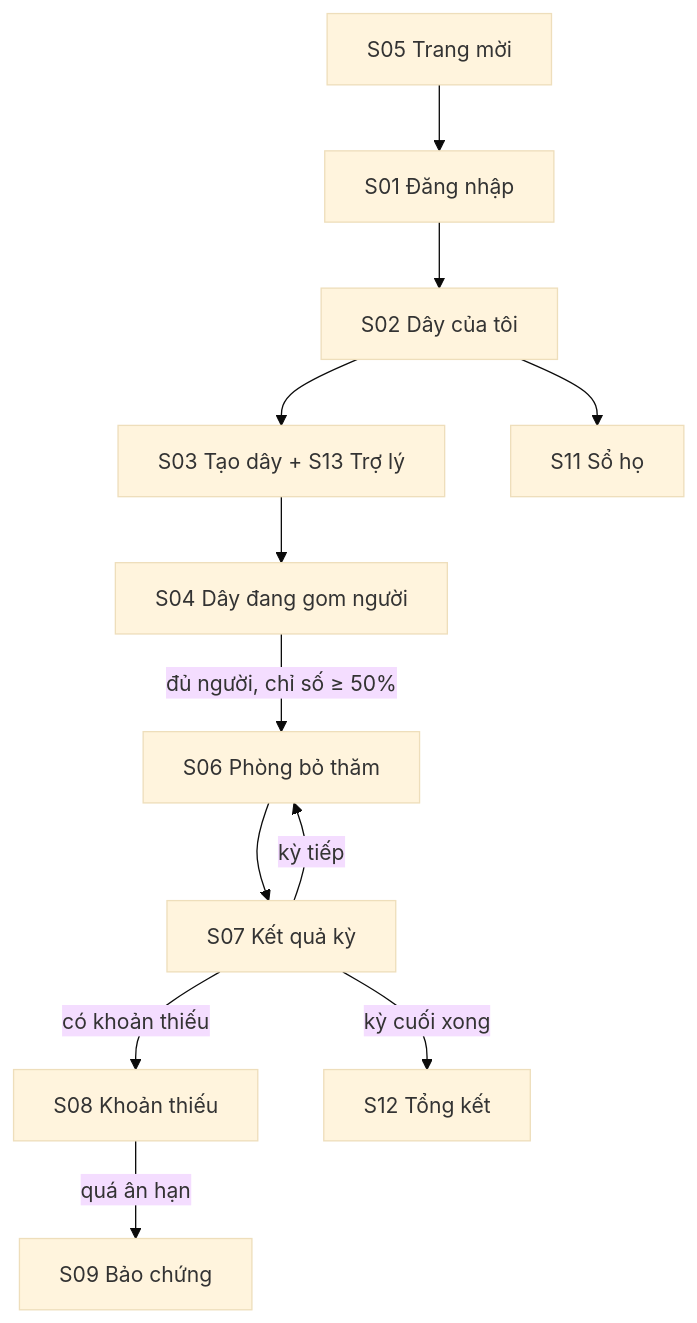
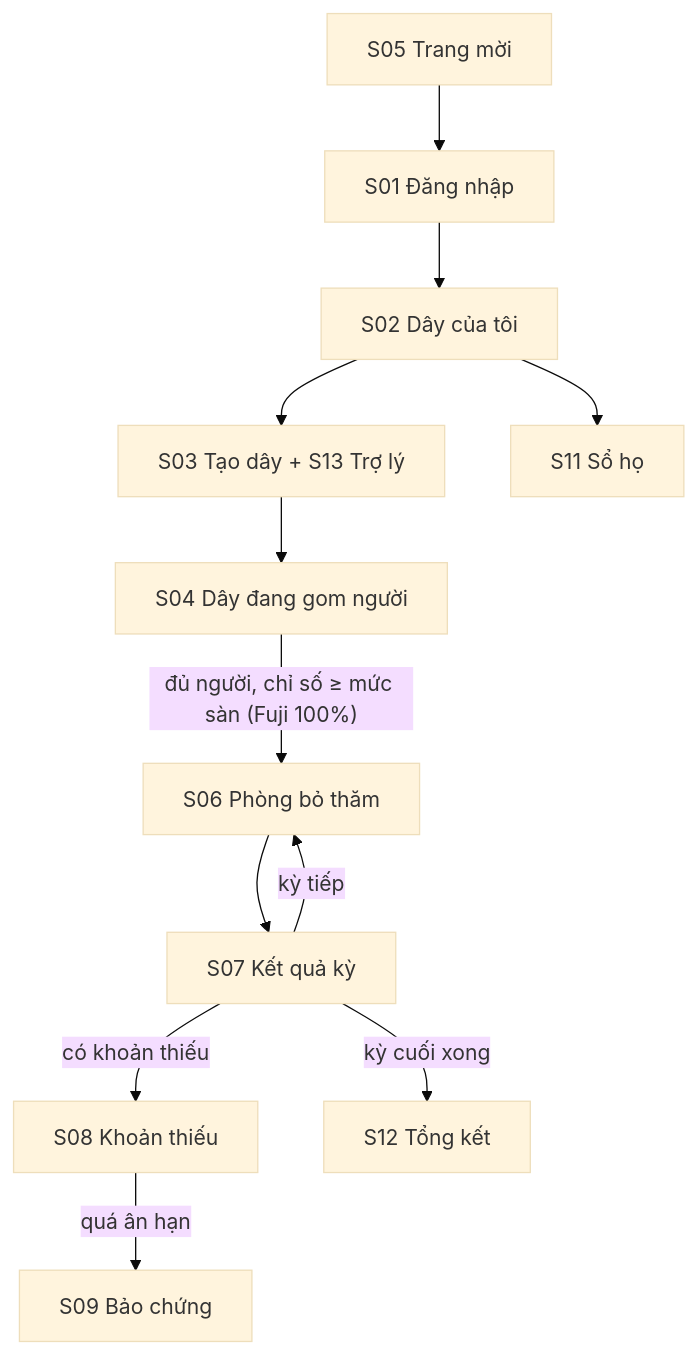
Before and after one commit to bminhnemhoi/T1VN_Unihack: the diagram in docs/02-dac-ta-san-pham.md, drawn with Mermaid (base theme). The commit also changed other lines of this file and 7 other files, not shown here.

````diff
--- a/docs/02-dac-ta-san-pham.md
+++ b/docs/02-dac-ta-san-pham.md
@@ -132,10 +133,10 @@
 ```mermaid
 flowchart TD
     M["S05 Trang mời"] --> L["S01 Đăng nhập"] --> H["S02 Dây của tôi"]
     H --> T["S03 Tạo dây + S13 Trợ lý"] --> F["S04 Dây đang gom người"]
-    F -->|"đủ người, chỉ số ≥ 50%"| R["S06 Phòng bỏ thăm"] --> K["S07 Kết quả kỳ"]
+    F -->|"đủ người, chỉ số ≥ mức sàn (Fuji 100%)"| R["S06 Phòng bỏ thăm"] --> K["S07 Kết quả kỳ"]
     K -->|"có khoản thiếu"| S["S08 Khoản thiếu"] -->|"quá ân hạn"| V["S09 Bảo chứng"]
     K -->|"kỳ tiếp"| R
     K -->|"kỳ cuối xong"| Z["S12 Tổng kết"]
     H --> SH["S11 Sổ họ"]
 ```
````
